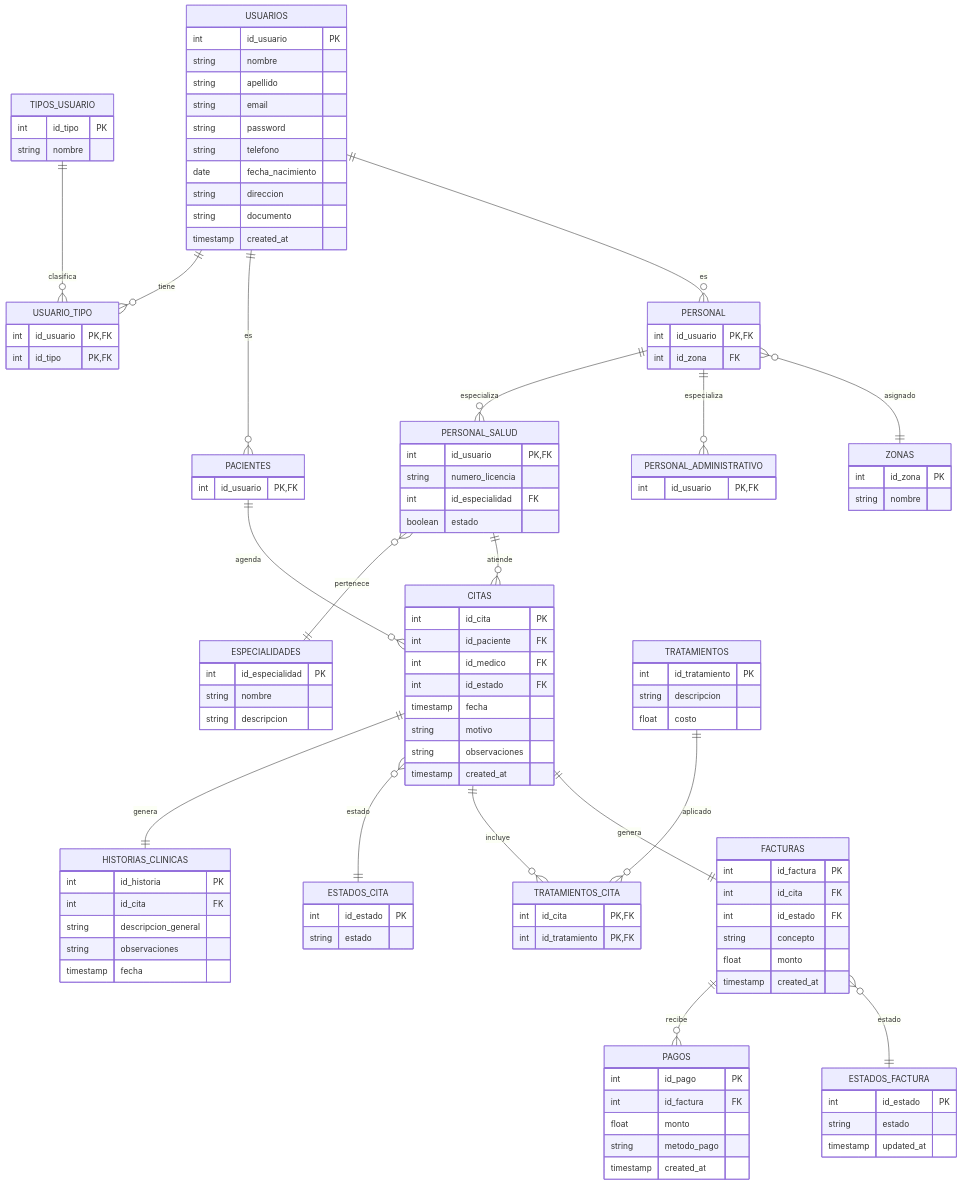
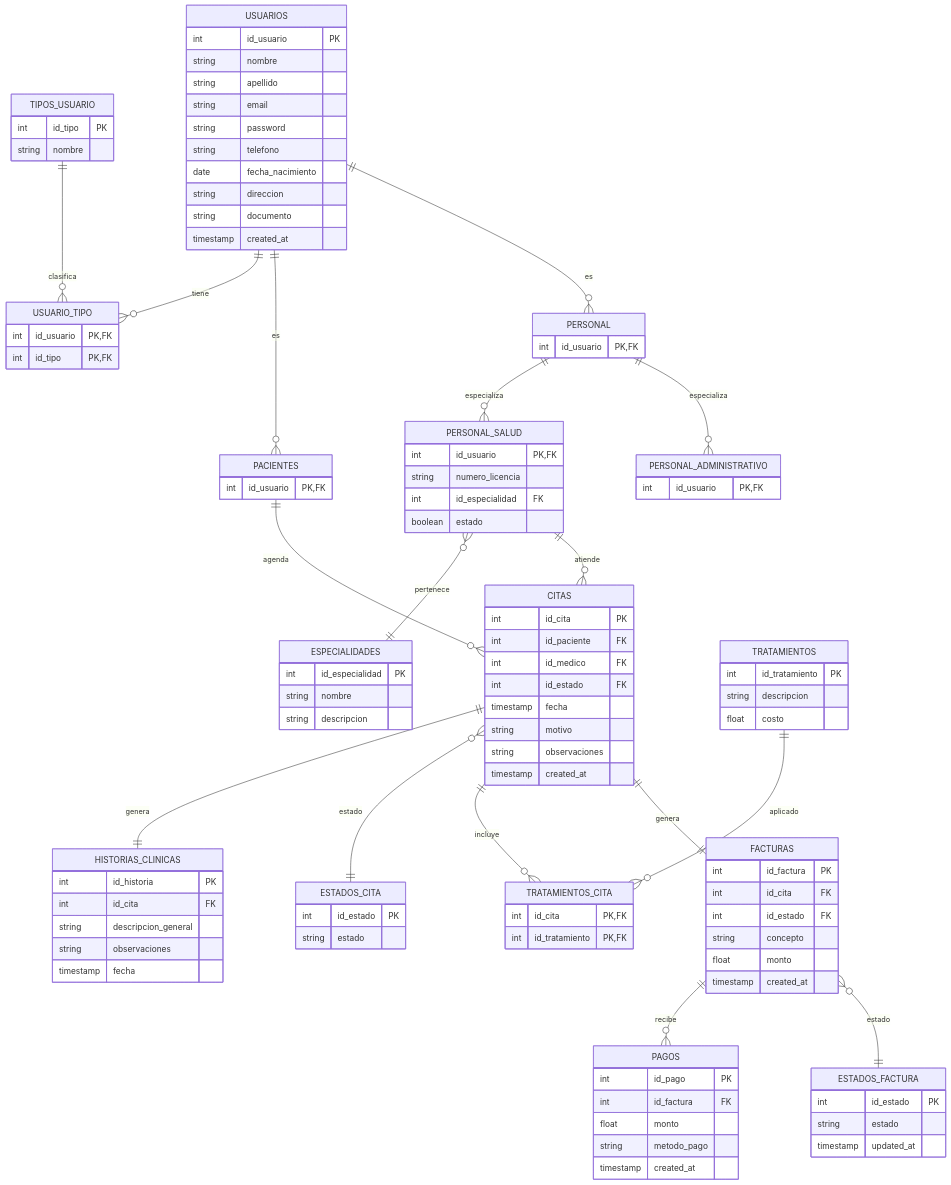
One commit to JuanF-Cano/synapse changed the diagram in README.md. Above: the diagram before and after it, drawn with Mermaid.

Commit message:
README update

```diff
--- a/README.md
+++ b/README.md
@@ -79,7 +79,6 @@
 
     PERSONAL {
         int id_usuario PK, FK
-        int id_zona FK
     }
 
     PERSONAL_SALUD {
@@ -97,11 +96,6 @@
         int id_especialidad PK
         string nombre
         string descripcion
-    }
-
-    ZONAS {
-        int id_zona PK
-        string nombre
     }
 
     CITAS {
@@ -173,7 +167,6 @@
     PERSONAL ||--o{ PERSONAL_SALUD : especializa
     PERSONAL ||--o{ PERSONAL_ADMINISTRATIVO : especializa
 
-    PERSONAL }o--|| ZONAS : asignado
     PERSONAL_SALUD }o--|| ESPECIALIDADES : pertenece
 
     PACIENTES ||--o{ CITAS : agenda
```
